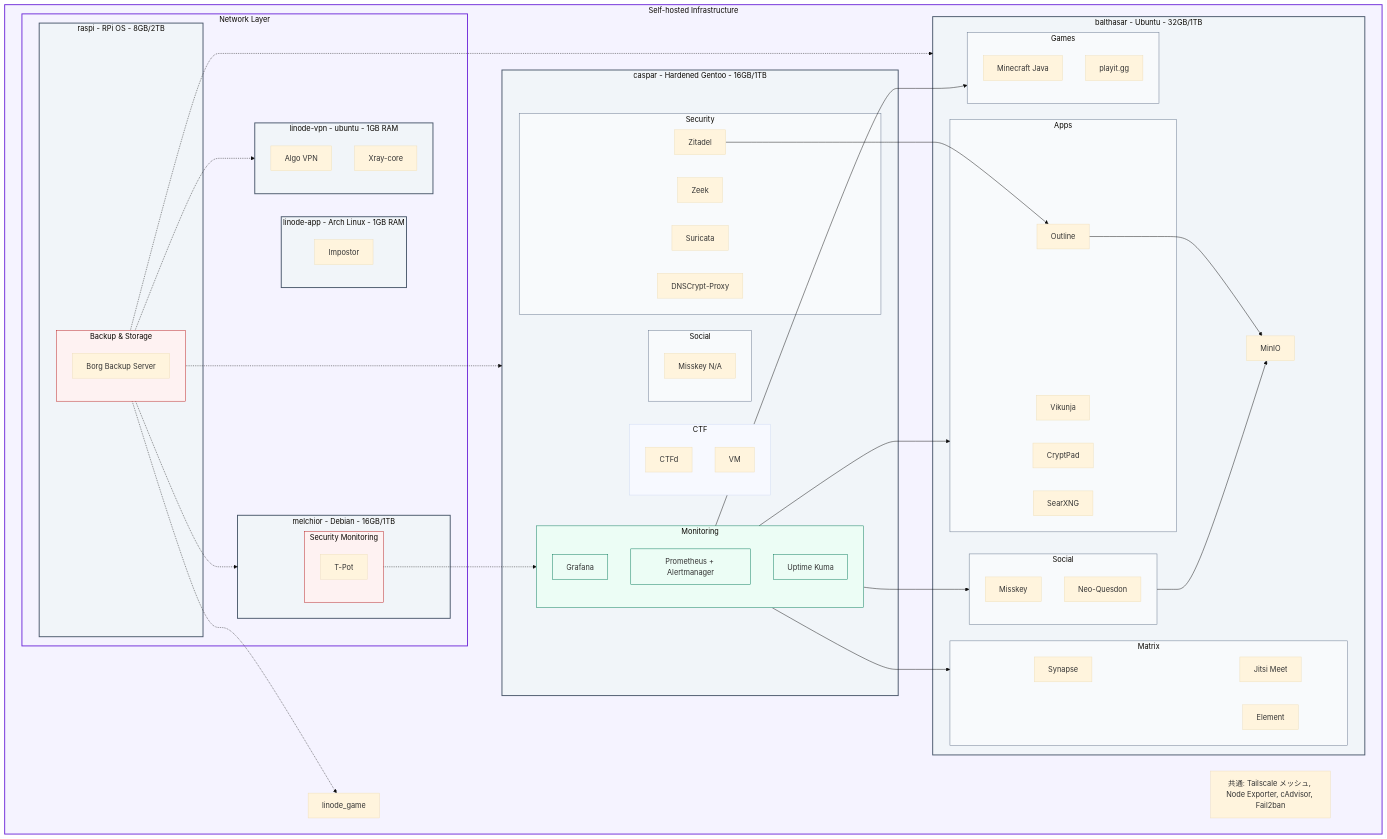
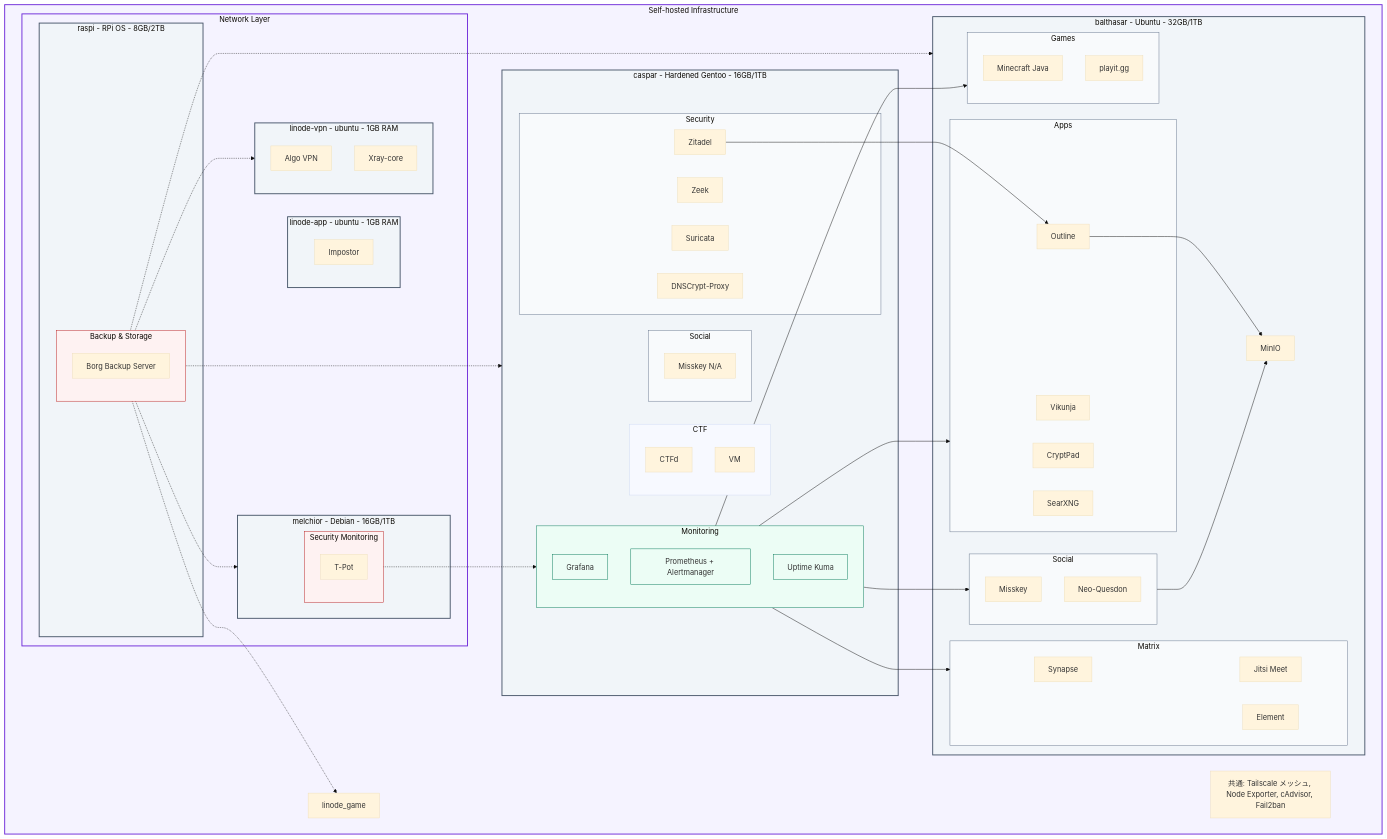
One commit to yamisskey-dev/hosted-list changed the diagram in README.md. Above: the diagram before and after it, drawn with Mermaid (base theme).

```diff
--- a/README.md
+++ b/README.md
@@ -16,7 +16,7 @@
             xray[Xray-core]
         end
         
-        subgraph linode_app["linode-app - Arch Linux - 1GB RAM"]
+        subgraph linode_app["linode-app - ubuntu - 1GB RAM"]
             impostor[Impostor]
         end
         
```
